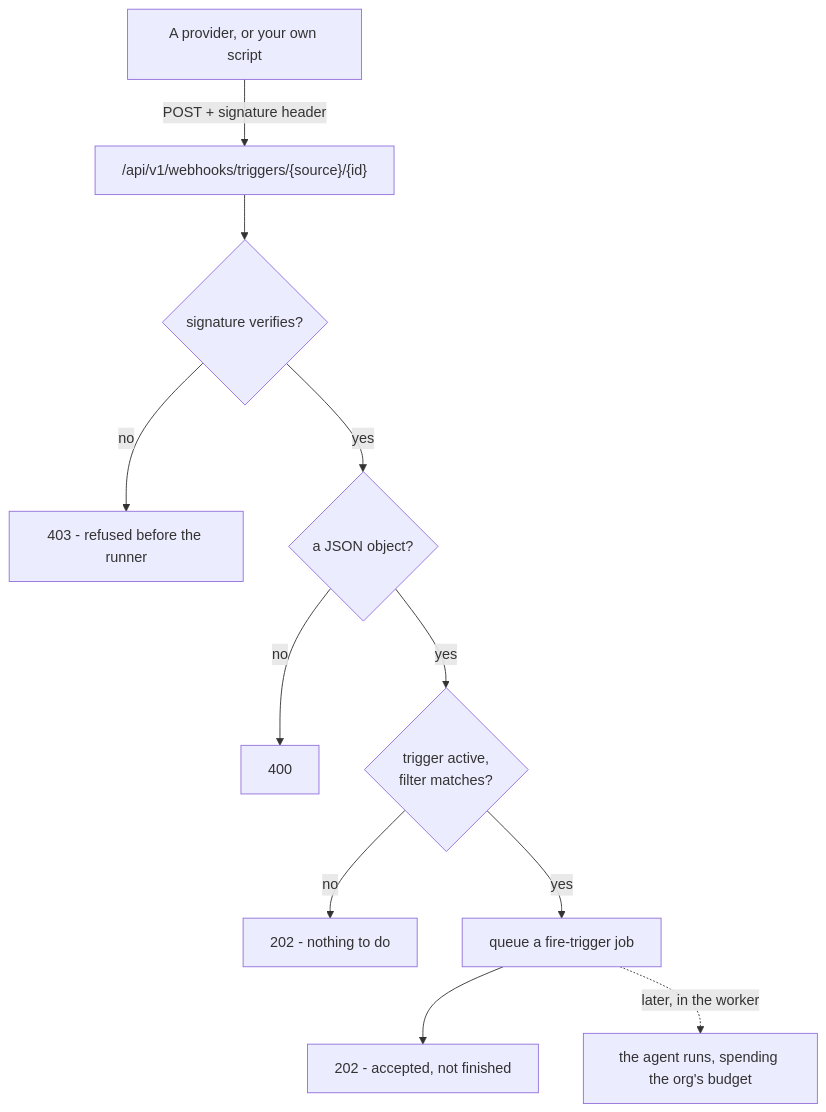
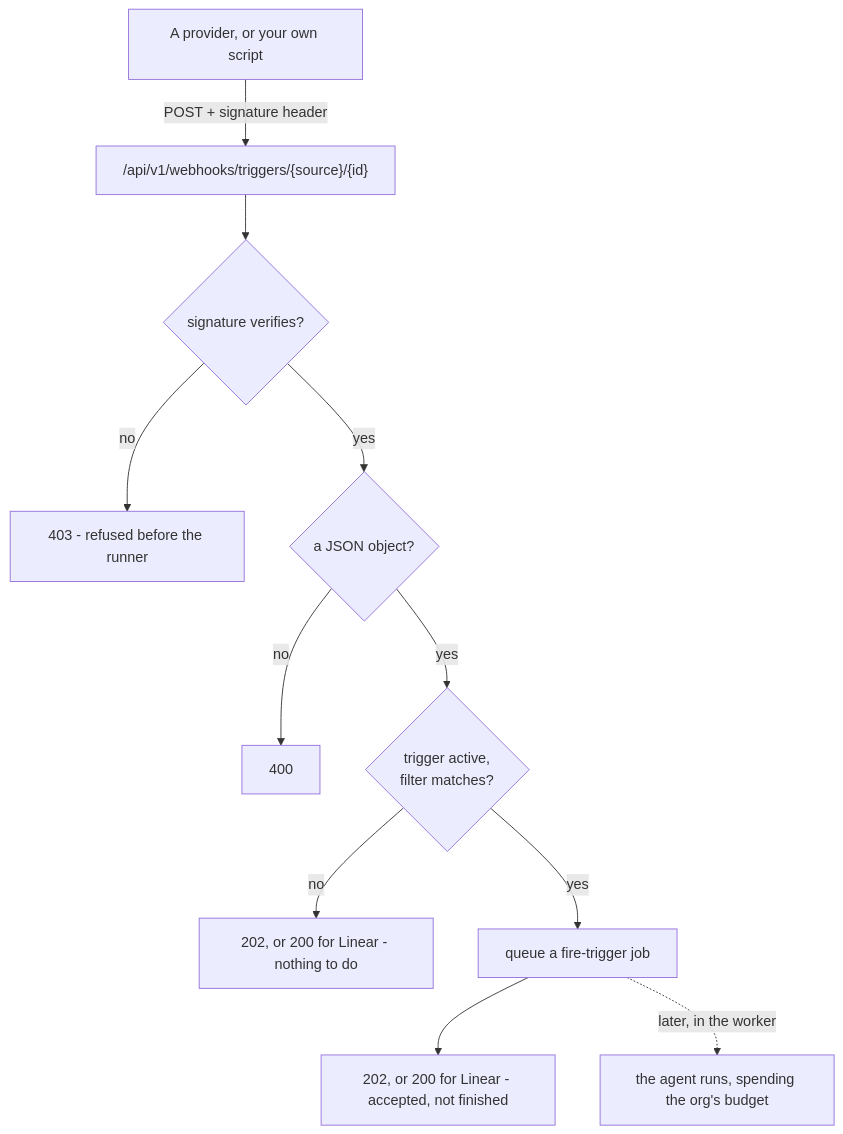
The diagram in docs/triggers.de.md (vstorm-co/agenticos), drawn with Mermaid before and after one commit. The commit also changed other lines of this file and 23 other files, not shown here.

````diff
--- a/docs/triggers.de.md
+++ b/docs/triggers.de.md
@@ -131,13 +131,13 @@
 ```mermaid
 flowchart TD
     P[A provider, or your own script] -->|POST + signature header| W["/api/v1/webhooks/triggers/{source}/{id}"]
     W --> V{signature verifies?}
     V -->|no| R403["403 - refused before the runner"]
     V -->|yes| J{a JSON object?}
     J -->|no| R400["400"]
     J -->|yes| F{trigger active,<br/>filter matches?}
-    F -->|no| R202["202 - nothing to do"]
+    F -->|no| R202["202, or 200 for Linear - nothing to do"]
     F -->|yes| SUB["queue a fire-trigger job"]
-    SUB --> R202b["202 - accepted, not finished"]
+    SUB --> R202b["202, or 200 for Linear - accepted, not finished"]
     SUB -.->|later, in the worker| RUN[the agent runs, spending the org's budget]
 ```
````
